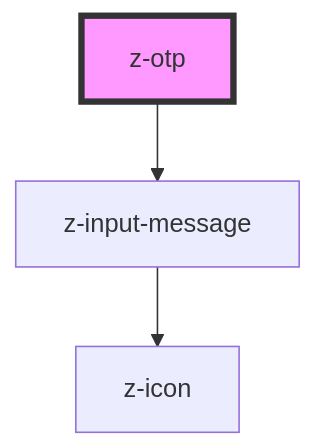
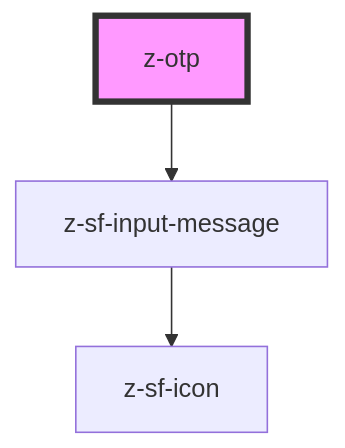
One commit to ZanichelliEditore/design-system changed the diagram in src/snowflakes/myz/z-otp/readme.md. Above: the diagram before and after it, drawn with Mermaid. The commit also changed other lines of this file and 15 other files, not shown here.

Commit message:
Snowfake: z-sf-input-message

````diff
--- a/src/snowflakes/myz/z-otp/readme.md
+++ b/src/snowflakes/myz/z-otp/readme.md
@@ -29,6 +29,6 @@
 ```mermaid
 graph TD;
-  z-otp --> z-input-message
-  z-input-message --> z-icon
+  z-otp --> z-sf-input-message
+  z-sf-input-message --> z-sf-icon
   style z-otp fill:#f9f,stroke:#333,stroke-width:4px
 ```
````
